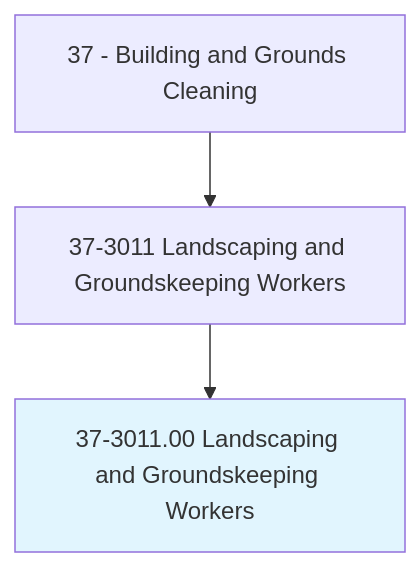
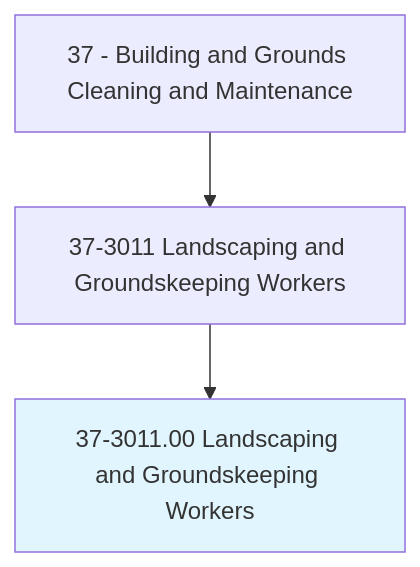
Before and after one commit to kziemski/business.org.ai: the first of 4 diagrams in occupations/Facilities/LandscapingAndGroundskeepingWorkers.mdx, drawn with Mermaid. The commit also changed other lines of this file and 938 other files, not shown here.

````diff
--- a/occupations/Facilities/LandscapingAndGroundskeepingWorkers.mdx
+++ b/occupations/Facilities/LandscapingAndGroundskeepingWorkers.mdx
@@ -19,6 +23,6 @@
 ```mermaid
 graph TD
-    Cat37["37 - Building and Grounds Cleaning"] --> Group373011["37-3011 Landscaping and Groundskeeping Workers"]
+    Cat37["37 - Building and Grounds Cleaning and Maintenance"] --> Group373011["37-3011 Landscaping and Groundskeeping Workers"]
     Group373011 --> Current["37-3011.00 Landscaping and Groundskeeping Workers"]
     style Current fill:#e1f5fe
 ```
````
